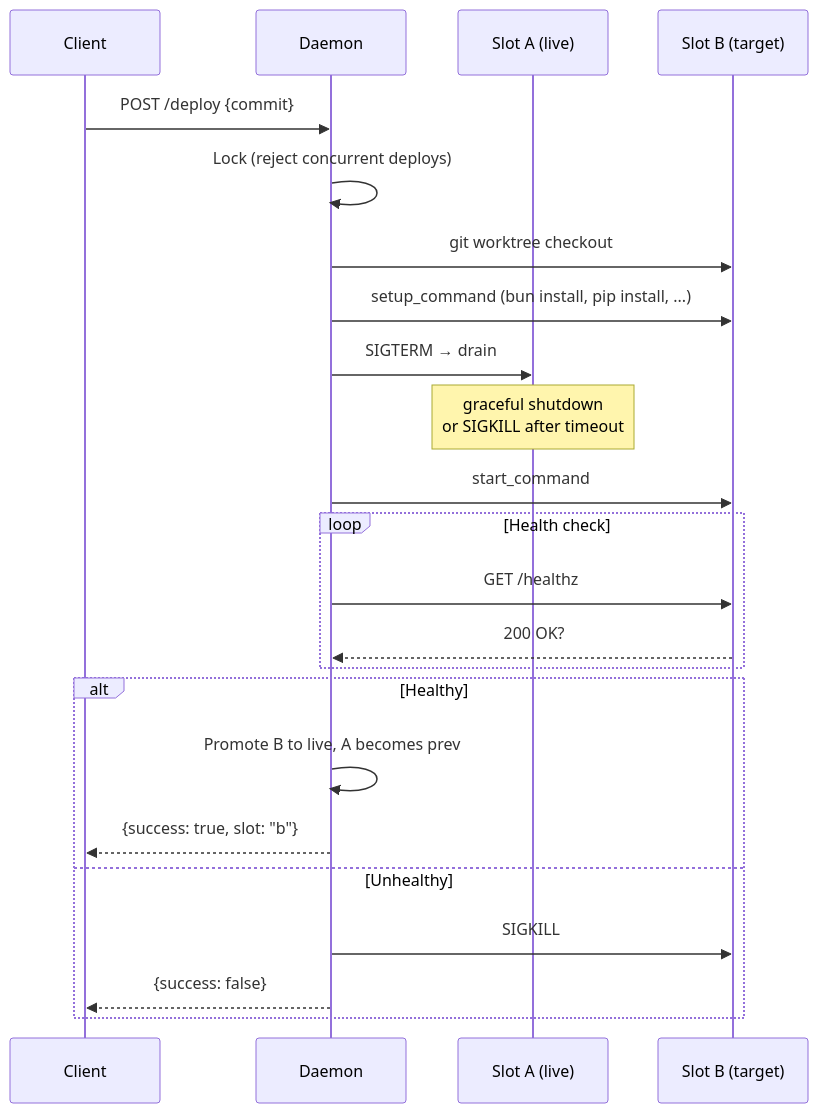
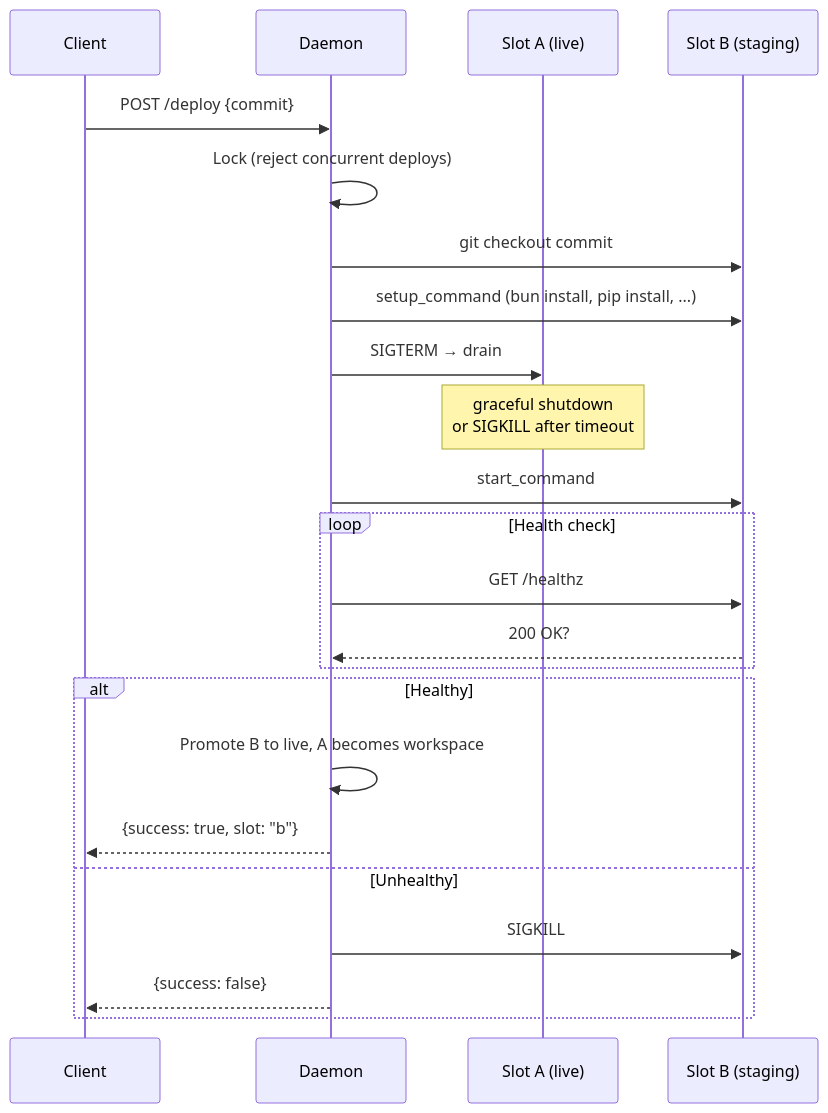
One commit to louije/slot-machine changed the diagram in README.md. Above: the diagram before and after it, drawn with Mermaid. The commit also changed other lines of this file, not shown here.

Commit message:
readme: staging workflow, remove 'write your own impl' section

````diff
--- a/README.md
+++ b/README.md
@@ -56,26 +89,26 @@
 ```mermaid
 sequenceDiagram
     participant C as Client
     participant D as Daemon
     participant A as Slot A (live)
-    participant B as Slot B (target)
+    participant B as Slot B (staging)
 
     C->>D: POST /deploy {commit}
     D->>D: Lock (reject concurrent deploys)
-    D->>B: git worktree checkout
+    D->>B: git checkout commit
     D->>B: setup_command (bun install, pip install, ...)
     D->>A: SIGTERM → drain
     Note over A: graceful shutdown<br/>or SIGKILL after timeout
     D->>B: start_command
     loop Health check
         D->>B: GET /healthz
         B-->>D: 200 OK?
     end
     alt Healthy
-        D->>D: Promote B to live, A becomes prev
+        D->>D: Promote B to live, A becomes workspace
         D-->>C: {success: true, slot: "b"}
     else Unhealthy
         D->>B: SIGKILL
         D-->>C: {success: false}
     end
 ```
````
